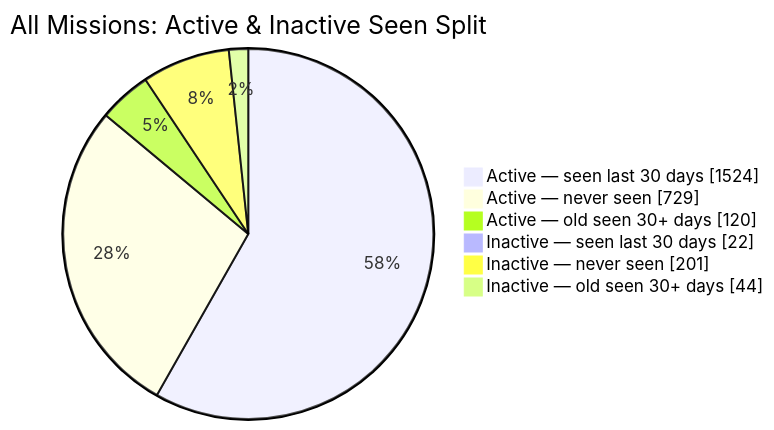
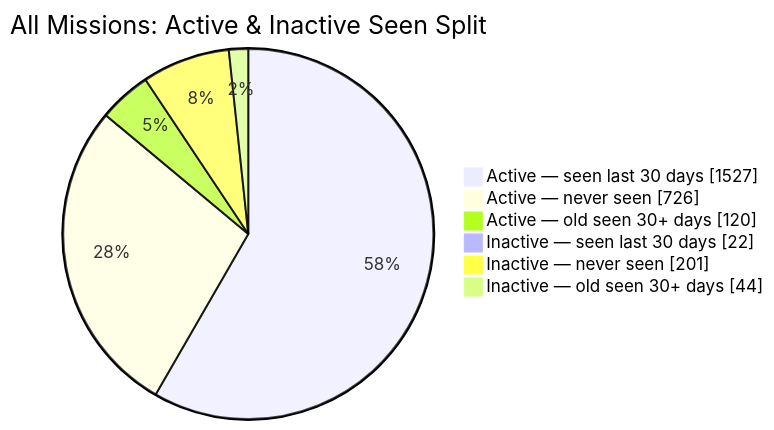
Before and after one commit to MeldkamerspelGameTeam/active-missions: the second of 2 diagrams in README.md, drawn with Mermaid. The commit also changed other lines of this file and 2 other files, not shown here.

````diff
--- a/README.md
+++ b/README.md
@@ -44,10 +44,10 @@
 ```mermaid
 pie showData
     title All Missions: Active & Inactive Seen Split
-    "Active — seen last 30 days" : 1524
-    "Active — never seen" : 729
+    "Active — seen last 30 days" : 1527
+    "Active — never seen" : 726
     "Active — old seen 30+ days" : 120
     "Inactive — seen last 30 days" : 22
     "Inactive — never seen" : 201
     "Inactive — old seen 30+ days" : 44
 ```
````
